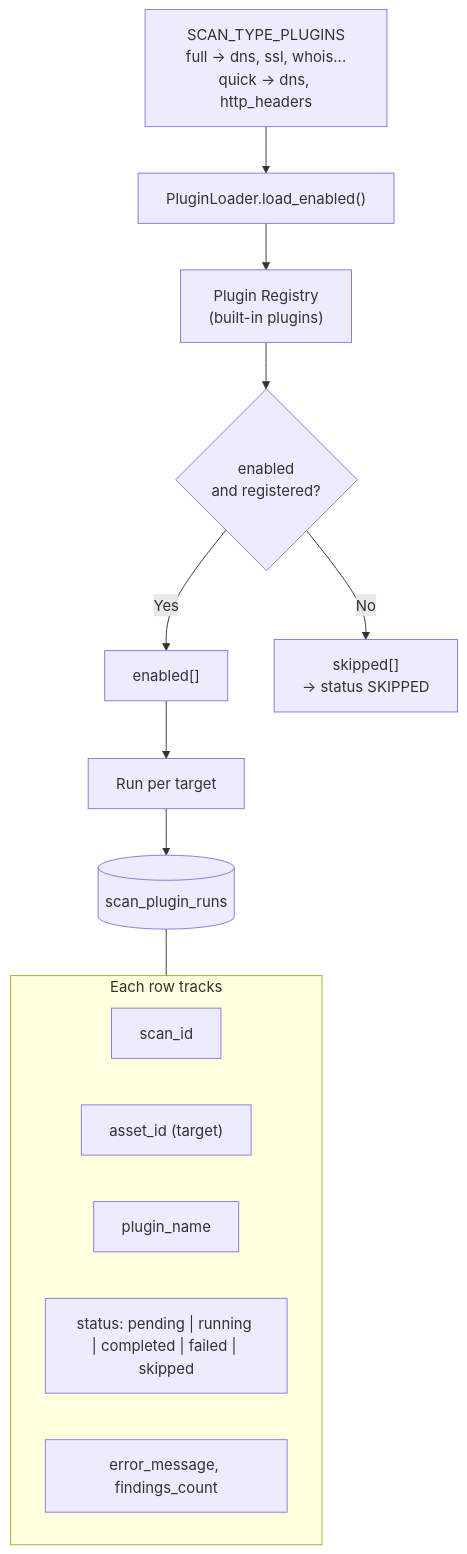
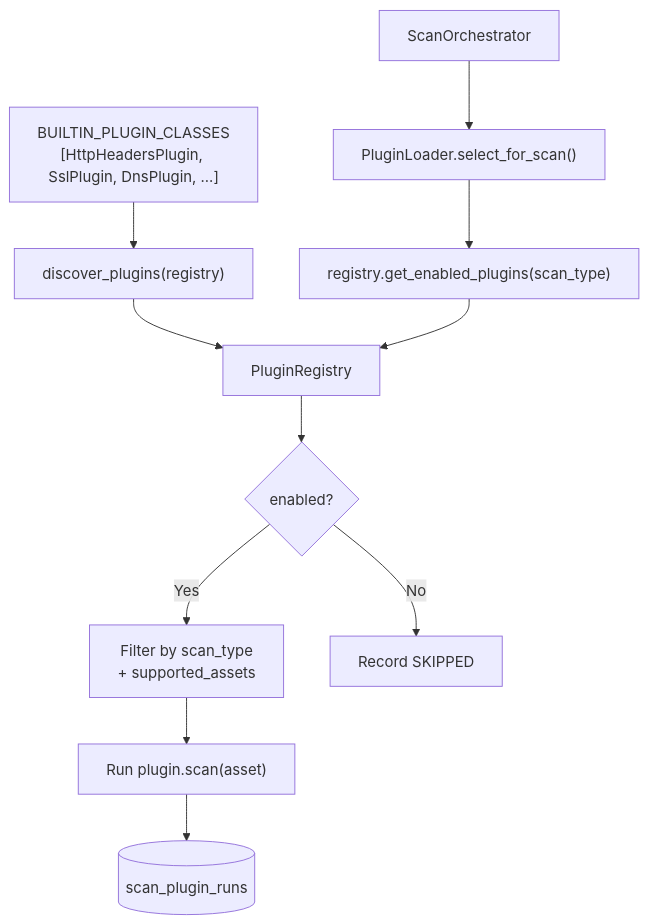
Before and after one commit to notjiji/Sandbox: the fourth of 6 diagrams in docs/scan-engine.md, drawn with Mermaid. The commit also changed other lines of this file and 15 other files, not shown here.

````diff
--- a/docs/scan-engine.md
+++ b/docs/scan-engine.md
@@ -202,24 +250,17 @@
 ```mermaid
 flowchart TB
-    MAP["SCAN_TYPE_PLUGINS\nfull → dns, ssl, whois...\nquick → dns, http_headers"]
-    MAP --> LOADER["PluginLoader.load_enabled()"]
+    BUILTIN["BUILTIN_PLUGIN_CLASSES\n[HttpHeadersPlugin, SslPlugin, DnsPlugin, ...]"]
+    BUILTIN --> DISCOVER["discover_plugins(registry)"]
+    DISCOVER --> REG["PluginRegistry"]
 
-    LOADER --> REG["Plugin Registry\n(built-in plugins)"]
-    REG --> CHECK{enabled\nand registered?}
+    ORCH["ScanOrchestrator"] --> LOADER["PluginLoader.select_for_scan()"]
+    LOADER --> ASK["registry.get_enabled_plugins(scan_type)"]
+    ASK --> REG
 
-    CHECK -->|Yes| ENABLED["enabled[]"]
-    CHECK -->|No| SKIPPED["skipped[]\n→ status SKIPPED"]
+    REG --> CHECK{enabled?}
+    CHECK -->|Yes| FILTER["Filter by scan_type\n+ supported_assets"]
+    CHECK -->|No| SKIP["Record SKIPPED"]
 
-    ENABLED --> RUN["Run per target"]
+    FILTER --> RUN["Run plugin.scan(asset)"]
     RUN --> SPR[("scan_plugin_runs")]
-
-    subgraph SPRCols["Each row tracks"]
-        R1["scan_id"]
-        R2["asset_id (target)"]
-        R3["plugin_name"]
-        R4["status: pending | running | completed | failed | skipped"]
-        R5["error_message, findings_count"]
-    end
-
-    SPR --- SPRCols
 ```
````
